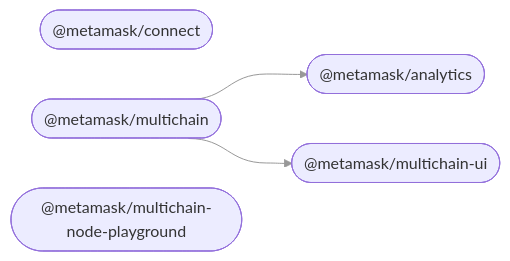
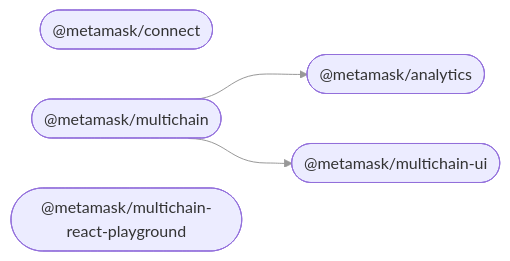
The diagram in README.md (MetaMask/connect-monorepo), drawn with Mermaid before and after one commit. The commit also changed other lines of this file and 184 other files, not shown here.

Commit message:
feat: migrate react playground and fix build (need to fix yarn start still)

````diff
--- a/README.md
+++ b/README.md
@@ -48,12 +48,12 @@
 ```mermaid
 %%{ init: { 'flowchart': { 'curve': 'bumpX' } } }%%
 graph LR;
 linkStyle default opacity:0.5
   analytics(["@metamask/analytics"]);
   connect(["@metamask/connect"]);
   multichain(["@metamask/multichain"]);
-  multichain_node_playground(["@metamask/multichain-node-playground"]);
+  multichain_react_playground(["@metamask/multichain-react-playground"]);
   multichain_ui(["@metamask/multichain-ui"]);
   multichain --> analytics;
   multichain --> multichain_ui;
 ```
````
